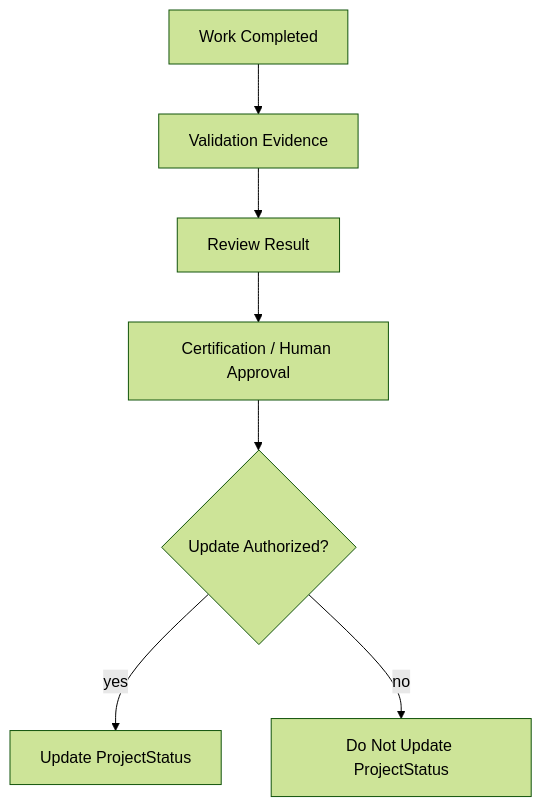
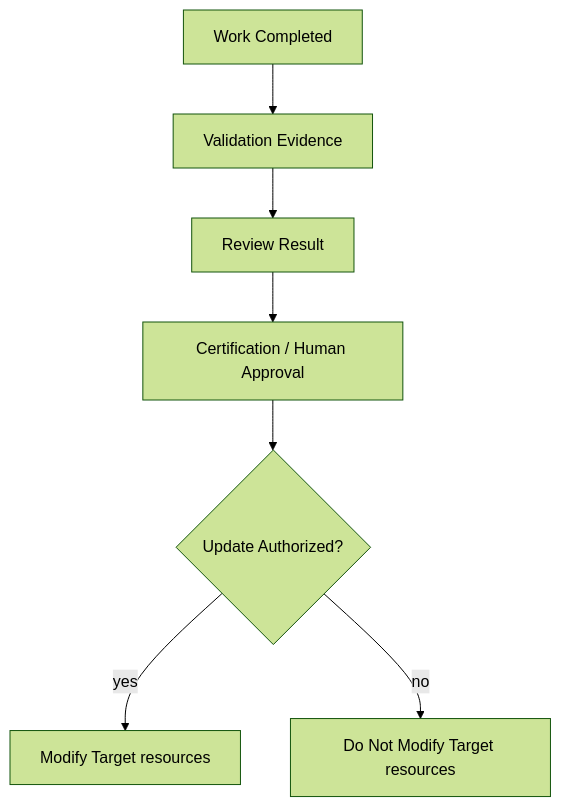
Before and after one commit to doallon/forge-ai: the sixth of 11 diagrams in docs/AI/GOVERNANCE.md, drawn with Mermaid (forest theme). The commit also changed other lines of this file and 5 other files, not shown here.

````diff
--- a/docs/AI/GOVERNANCE.md
+++ b/docs/AI/GOVERNANCE.md
@@ -532,13 +532,13 @@
 ```mermaid
 flowchart TD
     Work[Work Completed]
     Evidence[Validation Evidence]
     Review[Review Result]
     Cert[Certification / Human Approval]
     Authorized{Update Authorized?}
-    Update[Update ProjectStatus]
-    NoUpdate[Do Not Update ProjectStatus]
+    Update[Modify Target resources]
+    NoUpdate[Do Not Modify Target resources]
     Work --> Evidence --> Review --> Cert --> Authorized
     Authorized -- yes --> Update
     Authorized -- no --> NoUpdate
 ```
````
